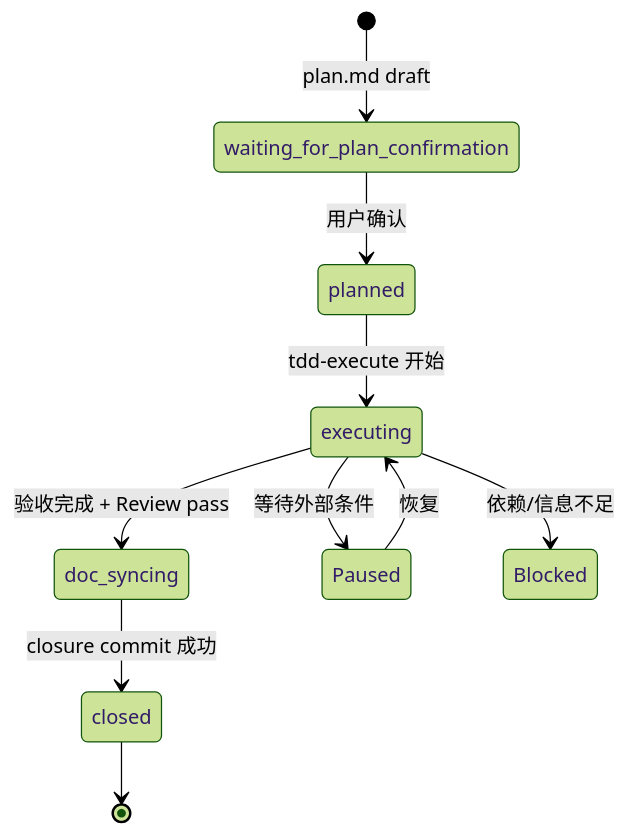
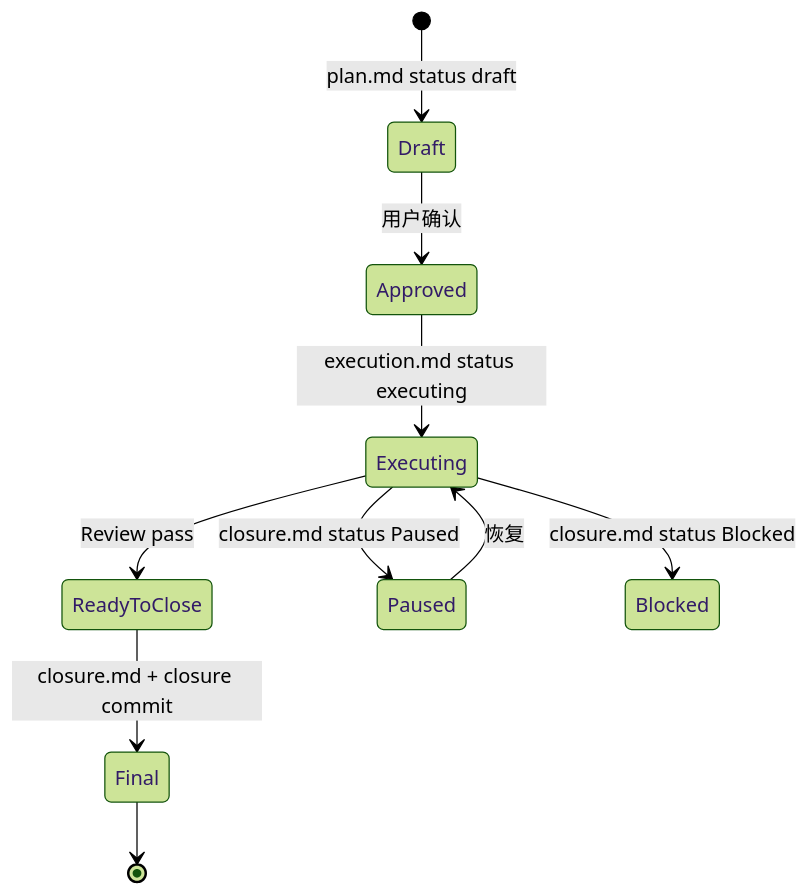
Before and after one commit to yomij/doc-loom-least: the fourth of 5 diagrams in docs/share/workflow-and-design.md, drawn with Mermaid (forest theme). The commit also changed other lines of this file and 17 other files, not shown here.

````diff
--- a/docs/share/workflow-and-design.md
+++ b/docs/share/workflow-and-design.md
@@ -215,12 +215,12 @@
 ```mermaid
 stateDiagram-v2
-    [*] --> waiting_for_plan_confirmation: plan.md draft
-    waiting_for_plan_confirmation --> planned: 用户确认
-    planned --> executing: tdd-execute 开始
-    executing --> doc_syncing: 验收完成 + Review pass
-    doc_syncing --> closed: closure commit 成功
-    executing --> Paused: 等待外部条件
-    executing --> Blocked: 依赖/信息不足
-    closed --> [*]
-    Paused --> executing: 恢复
+    [*] --> Draft: plan.md status draft
+    Draft --> Approved: 用户确认
+    Approved --> Executing: execution.md status executing
+    Executing --> ReadyToClose: Review pass
+    ReadyToClose --> Final: closure.md + closure commit
+    Executing --> Paused: closure.md status Paused
+    Executing --> Blocked: closure.md status Blocked
+    Final --> [*]
+    Paused --> Executing: 恢复
 ```
````
